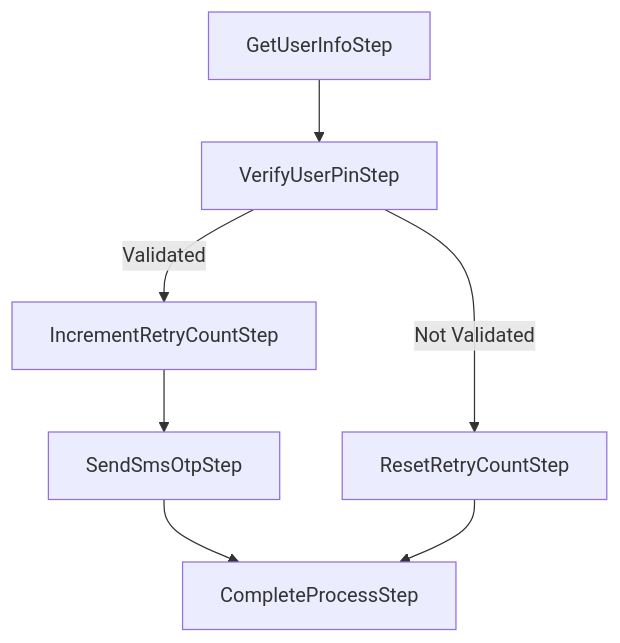
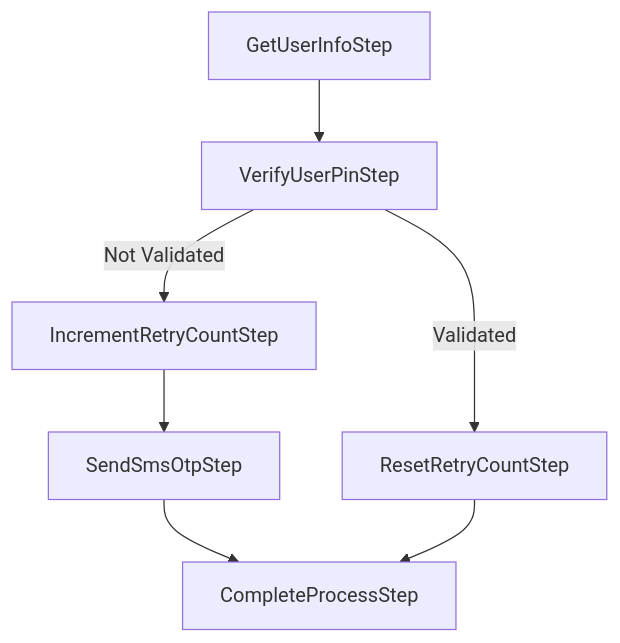
The diagram in README.md (caglargul52/roseline), drawn with Mermaid before and after one commit. The commit also changed other lines of this file, not shown here.

````diff
--- a/README.md
+++ b/README.md
@@ -173,6 +173,6 @@
 ```mermaid
   graph TD;
       GetUserInfoStep-->VerifyUserPinStep;
-      VerifyUserPinStep--Validated-->IncrementRetryCountStep-->SendSmsOtpStep-->CompleteProcessStep;
-      VerifyUserPinStep--Not Validated-->ResetRetryCountStep-->CompleteProcessStep;
+      VerifyUserPinStep--Not Validated-->IncrementRetryCountStep-->SendSmsOtpStep-->CompleteProcessStep;
+      VerifyUserPinStep--Validated-->ResetRetryCountStep-->CompleteProcessStep;
 ```
````
